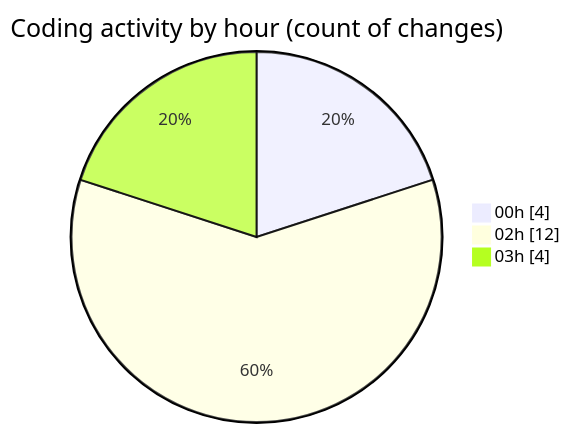
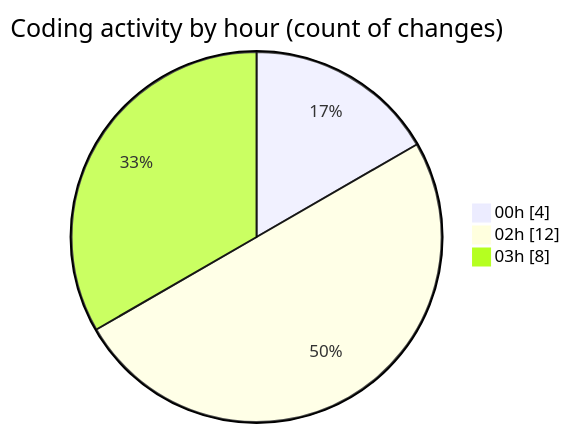
The second of 2 diagrams in 2025-07-24/_claude/README.md (EIIisD/code-tracking), drawn with Mermaid before and after one commit. The commit also changed other lines of this file and 1 other file, not shown here.

````diff
--- a/2025-07-24/_claude/README.md
+++ b/2025-07-24/_claude/README.md
@@ -32,7 +32,7 @@
 ```mermaid
 pie showData
 title Coding activity by hour (count of changes)
 "00h" : 4
 "02h" : 12
-"03h" : 4
+"03h" : 8
 ```
````
